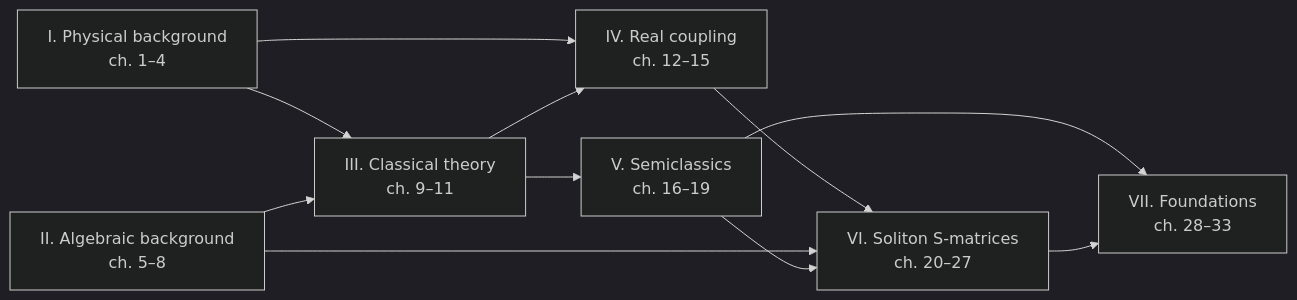
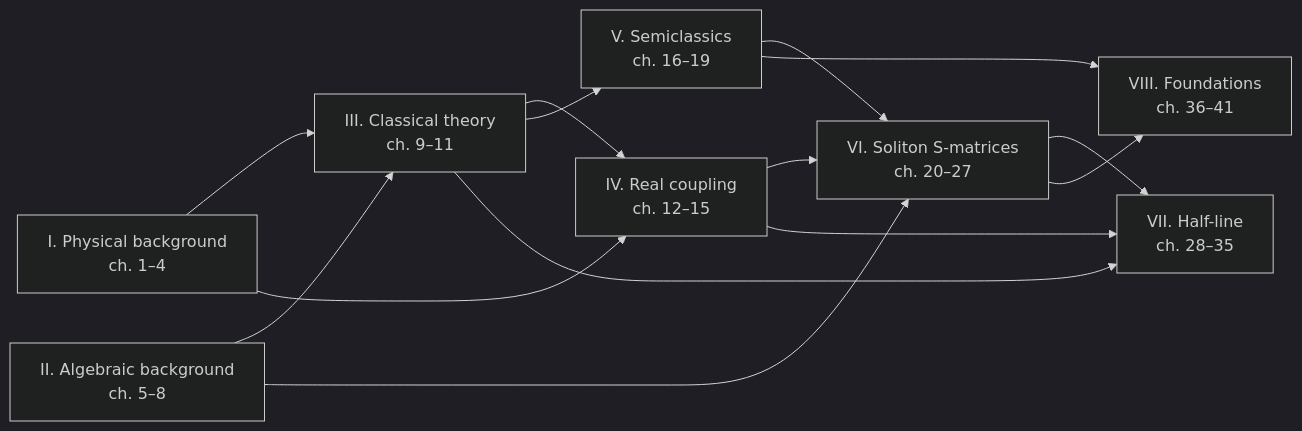
The diagram in part1-background/01-introduction.qmd (gustavdelius/affine_toda), drawn with Mermaid (dark theme) before and after one commit. The commit also changed other lines of this file and 19 other files, not shown here.

First line of the commit message:
Refer to Foundations as Part VIII and announce the half-line part

````diff
--- a/part1-background/01-introduction.qmd
+++ b/part1-background/01-introduction.qmd
@@ -45,16 +46,19 @@
 ```{mermaid}
 %%| label: fig-dependencies
 %%| fig-cap: "Dependencies between the parts of the book. An arrow means that the later part uses the earlier one."
 %%| fig-width: 6
 flowchart LR
   I["I. Physical background<br/>ch. 1–4"] --> III["III. Classical theory<br/>ch. 9–11"]
   II["II. Algebraic background<br/>ch. 5–8"] --> III
   I --> IV["IV. Real coupling<br/>ch. 12–15"]
   III --> IV
   III --> V["V. Semiclassics<br/>ch. 16–19"]
   IV --> VI["VI. Soliton S-matrices<br/>ch. 20–27"]
   II --> VI
   V --> VI
-  V --> VII["VII. Foundations<br/>ch. 28–33"]
-  VI --> VII
+  VI --> VII["VII. Half-line<br/>ch. 28–35"]
+  III --> VII
+  IV --> VII
+  V --> VIII["VIII. Foundations<br/>ch. 36–41"]
+  VI --> VIII
 ```
````
